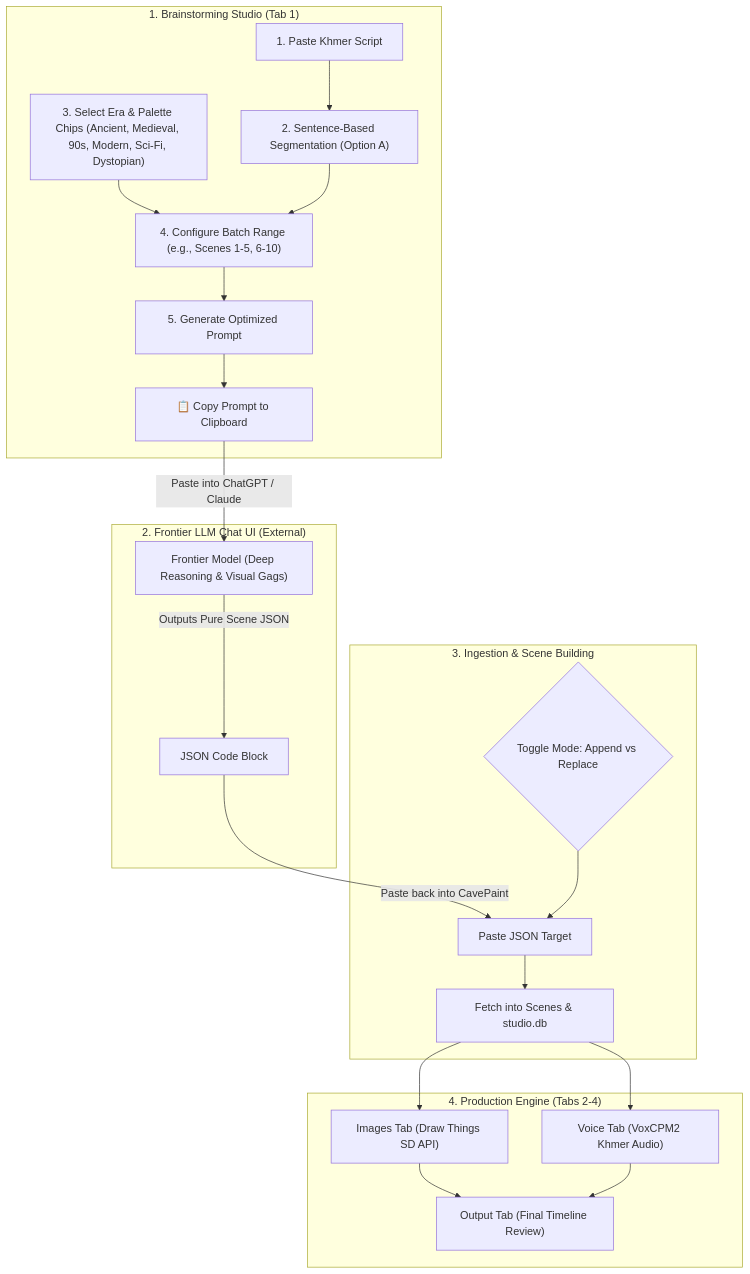
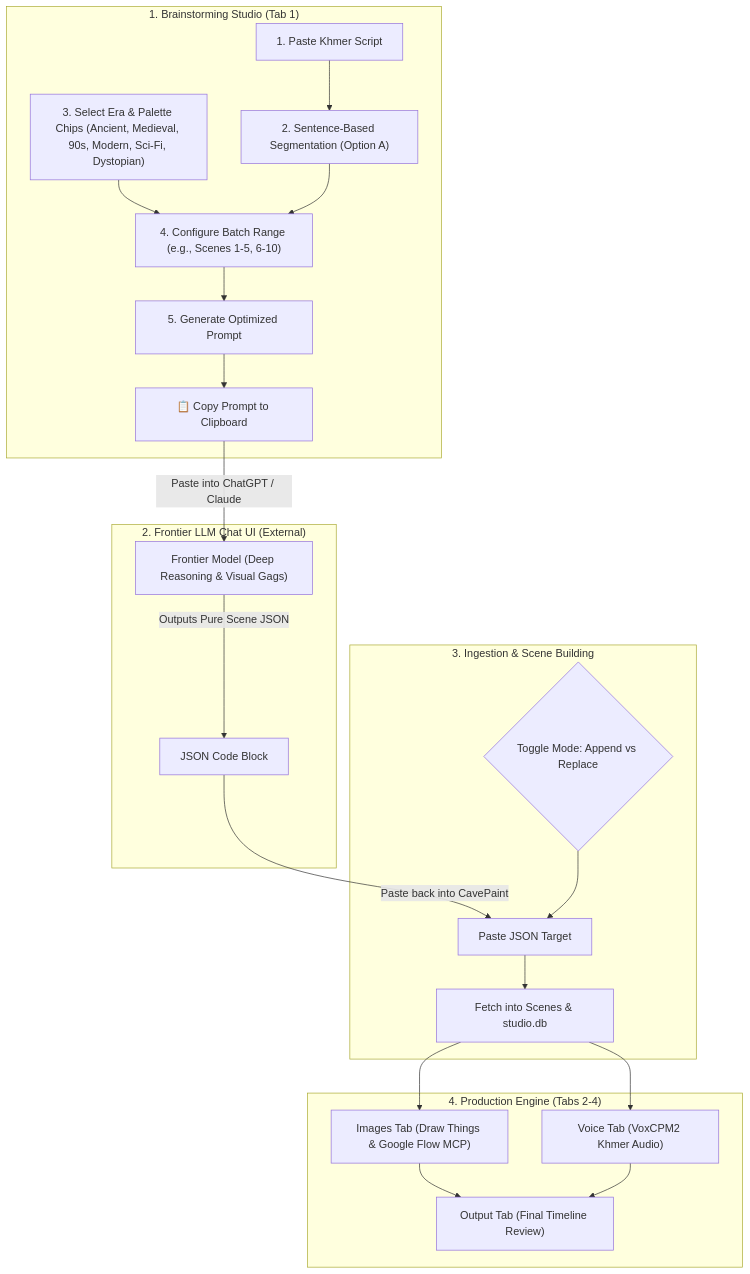
One commit to manet09/CavePaint changed the first of 2 diagrams in overview.md. Above: the diagram before and after it, drawn with Mermaid. The commit also changed other lines of this file and 12 other files, not shown here.

First line of the commit message:
feat: Enhance Google Flow integration and image generation capabilities

````diff
--- a/overview.md
+++ b/overview.md
@@ -26,28 +26,28 @@
 ```mermaid
 flowchart TD
     subgraph CreatorFlow ["1. Brainstorming Studio (Tab 1)"]
         UserScript["1. Paste Khmer Script"] --> SentenceSegmentation["2. Sentence-Based Segmentation (Option A)"]
         ThemePicker["3. Select Era & Palette Chips (Ancient, Medieval, 90s, Modern, Sci-Fi, Dystopian)"] --> BatchSelector["4. Configure Batch Range (e.g., Scenes 1-5, 6-10)"]
         SentenceSegmentation --> BatchSelector
         BatchSelector --> PromptGenerator["5. Generate Optimized Prompt"]
         PromptGenerator --> CopyClipboard["📋 Copy Prompt to Clipboard"]
     end
 
     subgraph FrontierBridge ["2. Frontier LLM Chat UI (External)"]
         CopyClipboard -->|Paste into ChatGPT / Claude| FrontierLLM["Frontier Model (Deep Reasoning & Visual Gags)"]
         FrontierLLM -->|Outputs Pure Scene JSON| JSONResponse["JSON Code Block"]
     end
 
     subgraph IngestionFlow ["3. Ingestion & Scene Building"]
         JSONResponse -->|Paste back into CavePaint| JSONInput["Paste JSON Target"]
         ToggleMode{"Toggle Mode: Append vs Replace"} --> JSONInput
         JSONInput --> SceneBuilder["Fetch into Scenes & studio.db"]
     end
 
     subgraph ProductionPipeline ["4. Production Engine (Tabs 2-4)"]
-        SceneBuilder --> ImagesTab["Images Tab (Draw Things SD API)"]
+        SceneBuilder --> ImagesTab["Images Tab (Draw Things & Google Flow MCP)"]
         SceneBuilder --> VoiceTab["Voice Tab (VoxCPM2 Khmer Audio)"]
         ImagesTab --> OutputTab["Output Tab (Final Timeline Review)"]
         VoiceTab --> OutputTab
     end
 ```
````
